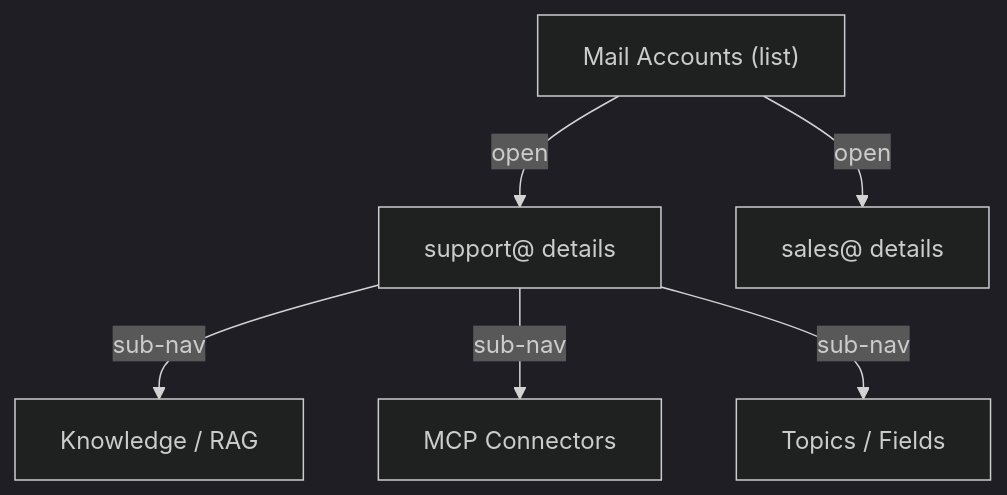
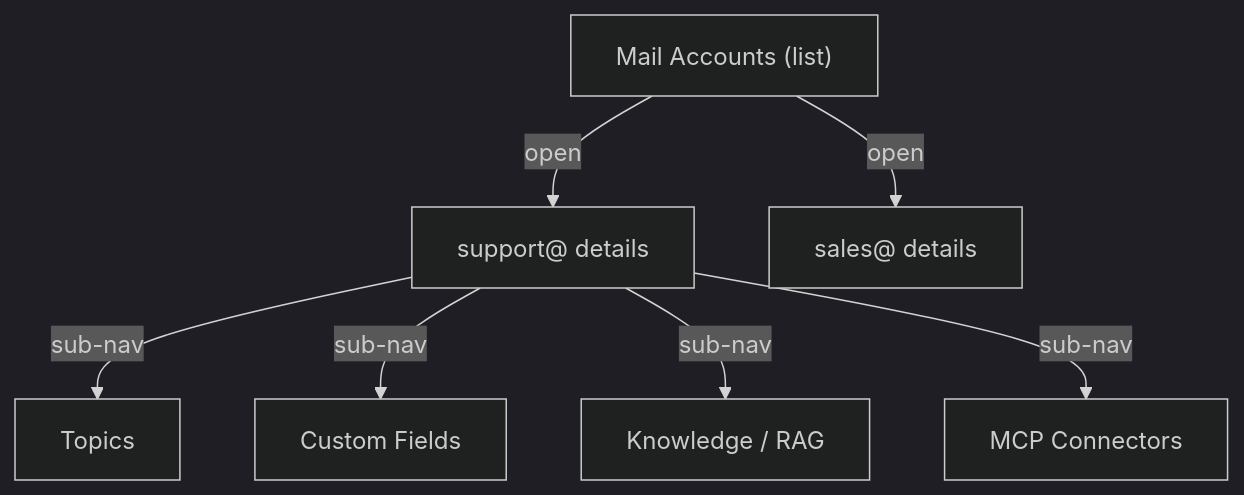
The fifth of 5 diagrams in README.md (PolyU-Computer-Science/Year4-COMP4913-Capstone-Project), drawn with Mermaid (dark theme) before and after one commit. The commit also changed other lines of this file and 11 other files, not shown here.

````diff
--- a/README.md
+++ b/README.md
@@ -613,8 +676,9 @@
 ```mermaid
 flowchart TB
     MA["Mail Accounts (list)"] -->|open| ACC["support@  details"]
+    ACC -->|sub-nav| TP["Topics"]
+    ACC -->|sub-nav| F["Custom Fields"]
     ACC -->|sub-nav| KB["Knowledge / RAG"]
     ACC -->|sub-nav| MCP["MCP Connectors"]
-    ACC -->|sub-nav| TP["Topics / Fields"]
     MA -->|open| ACC2["sales@  details"]
 ```
````
